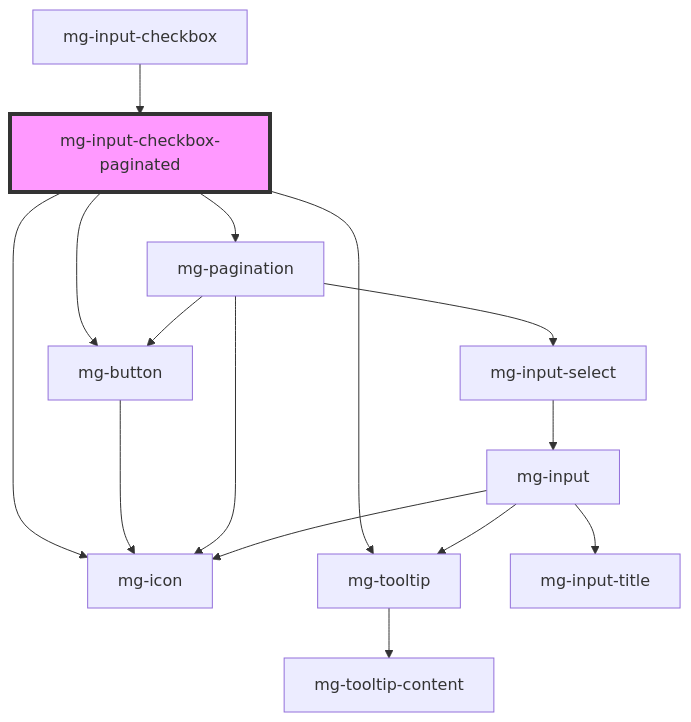
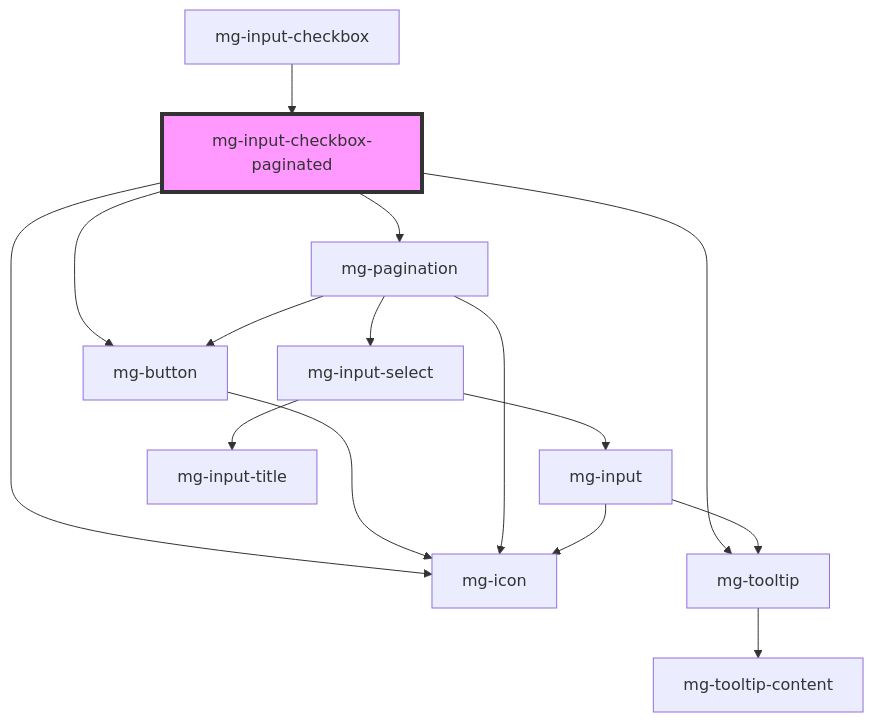
Before and after one commit to MGDIS/core-ui: the diagram in packages/mg-components/src/components/molecules/inputs/mg-input-checkbox/mg-input-checkbox-paginated/readme.md, drawn with Mermaid. The commit also changed 50 other files, not shown here.

````diff
--- a/packages/mg-components/src/components/molecules/inputs/mg-input-checkbox/mg-input-checkbox-paginated/readme.md
+++ b/packages/mg-components/src/components/molecules/inputs/mg-input-checkbox/mg-input-checkbox-paginated/readme.md
@@ -47,18 +47,18 @@
 ```mermaid
 graph TD;
   mg-input-checkbox-paginated --> mg-button
   mg-input-checkbox-paginated --> mg-icon
   mg-input-checkbox-paginated --> mg-tooltip
   mg-input-checkbox-paginated --> mg-pagination
   mg-button --> mg-icon
   mg-tooltip --> mg-tooltip-content
   mg-pagination --> mg-button
   mg-pagination --> mg-icon
   mg-pagination --> mg-input-select
   mg-input-select --> mg-input
+  mg-input-select --> mg-input-title
   mg-input --> mg-tooltip
   mg-input --> mg-icon
-  mg-input --> mg-input-title
   mg-input-checkbox --> mg-input-checkbox-paginated
   style mg-input-checkbox-paginated fill:#f9f,stroke:#333,stroke-width:4px
 ```
````
